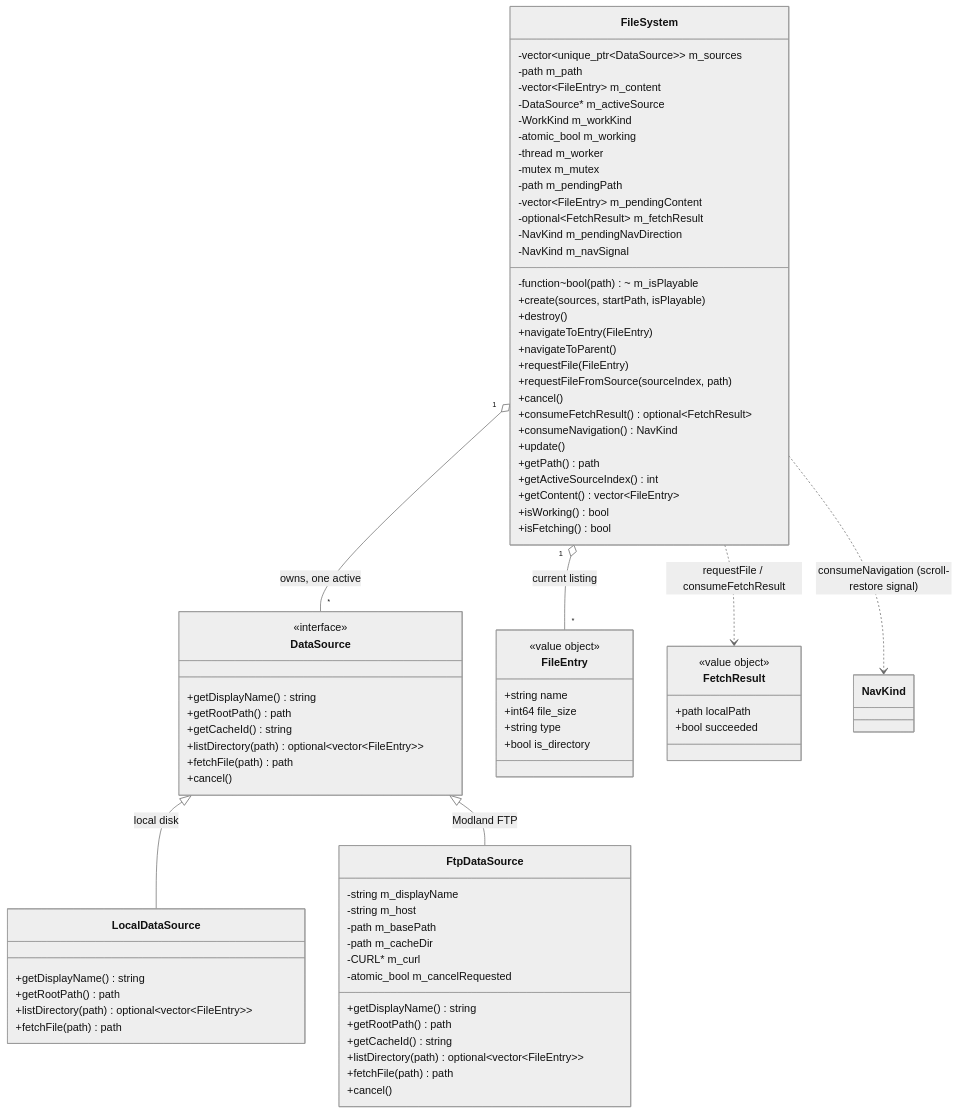
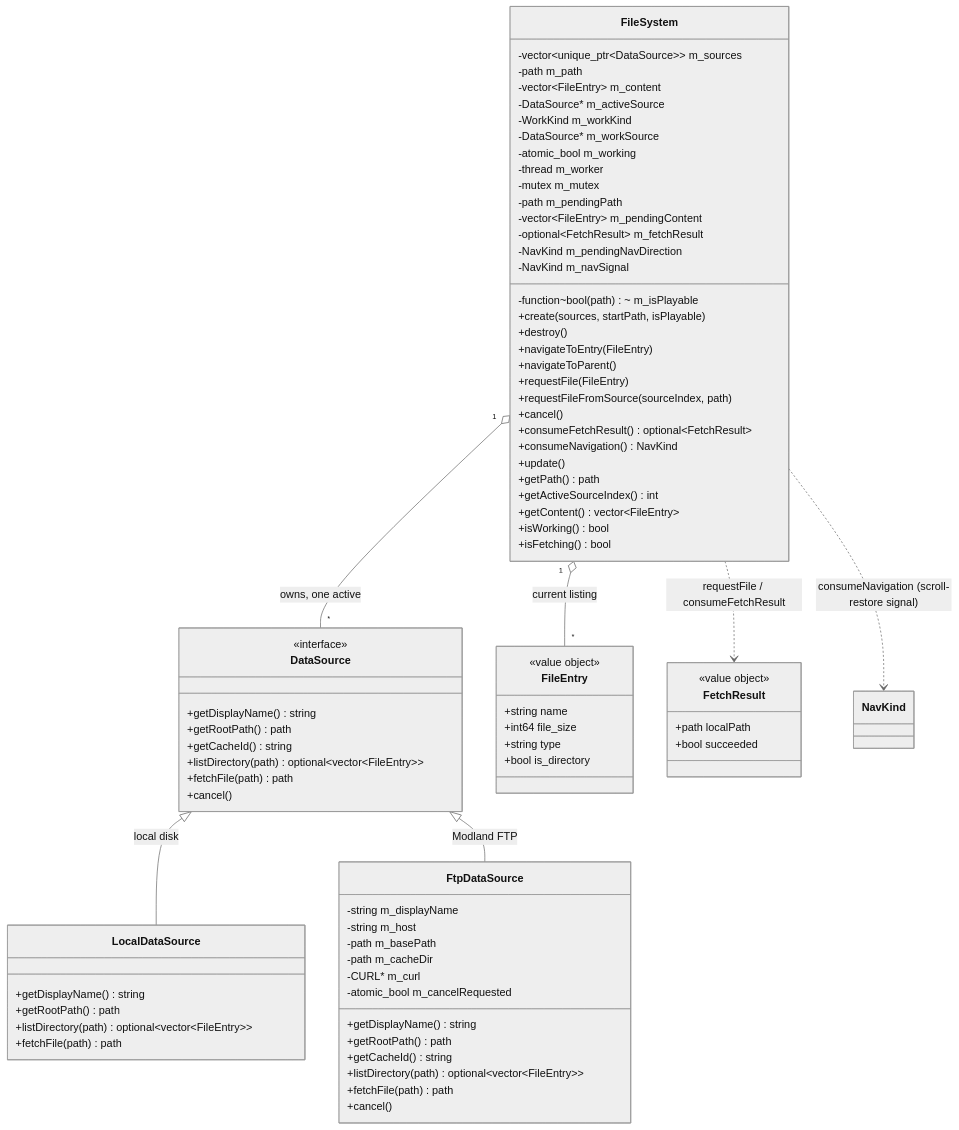
The diagram in docs/filesystem.md (notnotme/osp2), drawn with Mermaid (neutral theme) before and after one commit. The commit also changed other lines of this file and 4 other files, not shown here.

```diff
--- a/docs/filesystem.md
+++ b/docs/filesystem.md
@@ -53,6 +53,7 @@
         -vector~FileEntry~ m_content
         -DataSource* m_activeSource
         -WorkKind m_workKind
+        -DataSource* m_workSource
         -atomic_bool m_working
         -thread m_worker
         -mutex m_mutex
```
